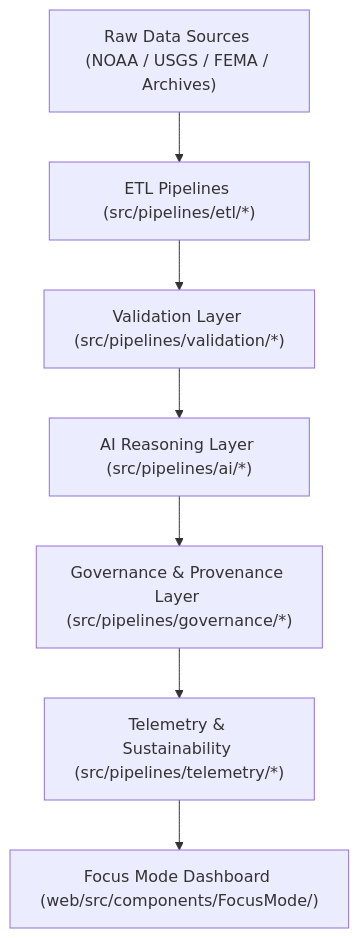
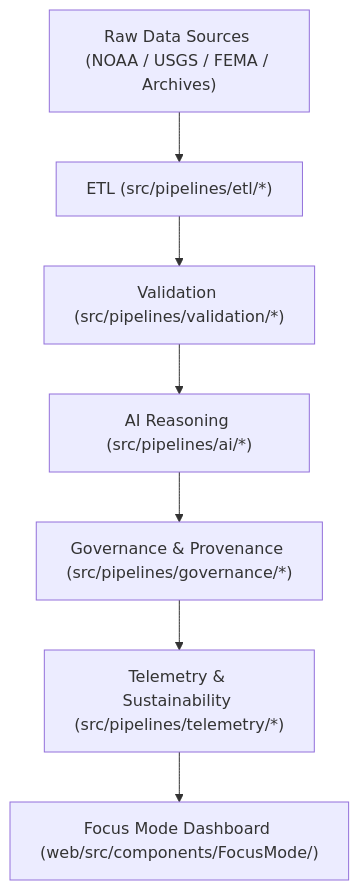
The diagram in src/ARCHITECTURE.md (bartytime4life/Kansas-Frontier-Matrix), drawn with Mermaid before and after one commit. The commit also changed other lines of this file, not shown here.

First line of the commit message:
Upgrade architecture documentation to v9.7.0

````diff
--- a/src/ARCHITECTURE.md
+++ b/src/ARCHITECTURE.md
@@ -52,9 +52,9 @@
 ```mermaid
 graph TD
-    A["Raw Data Sources (NOAA / USGS / FEMA / Archives)"] --> B["ETL Pipelines (src/pipelines/etl/*)"]
-    B --> C["Validation Layer (src/pipelines/validation/*)"]
-    C --> D["AI Reasoning Layer (src/pipelines/ai/*)"]
-    D --> E["Governance & Provenance Layer (src/pipelines/governance/*)"]
-    E --> F["Telemetry & Sustainability (src/pipelines/telemetry/*)"]
-    F --> G["Focus Mode Dashboard (web/src/components/FocusMode/)"]
+A["Raw Data Sources (NOAA / USGS / FEMA / Archives)"] --> B["ETL (src/pipelines/etl/*)"]
+B --> C["Validation (src/pipelines/validation/*)"]
+C --> D["AI Reasoning (src/pipelines/ai/*)"]
+D --> E["Governance & Provenance (src/pipelines/governance/*)"]
+E --> F["Telemetry & Sustainability (src/pipelines/telemetry/*)"]
+F --> G["Focus Mode Dashboard (web/src/components/FocusMode/)"]
 ```
````
